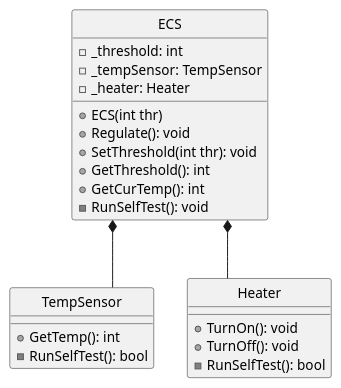
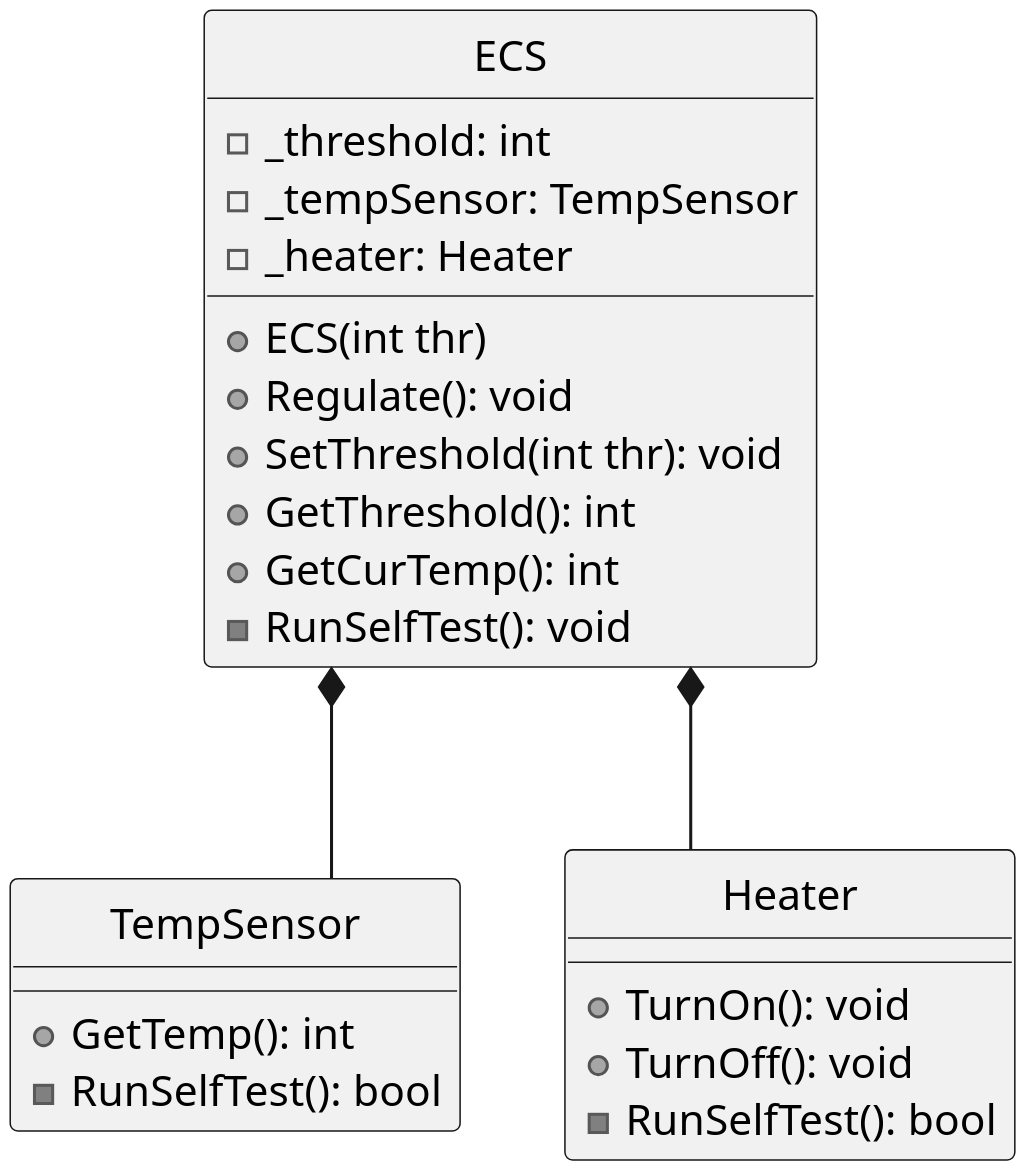
One commit to mikkel-ol/I4SWT-Calculator changed the diagram in ECS/documentation/ECS_Class_Diagram.plantuml. Above: the diagram before and after it, drawn with PlantUML.

Commit message:
Add high dpi for documentation

```diff
--- a/ECS/documentation/ECS_Class_Diagram.plantuml
+++ b/ECS/documentation/ECS_Class_Diagram.plantuml
@@ -1,41 +1,42 @@
 @startuml
+skinparam dpi 300
 skinparam monochrome true
 skinparam linetype ortho
 hide circle
 /'hide <<Boundary>> circle
 hide <<Controller>> circle    
 hide <<Domain>> circle'/
 
 /' i sekvensdiagrammer, brug defines til at skrive
  lange navne '/
 
 class TempSensor
 {
     + GetTemp(): int
     - RunSelfTest(): bool
 }
 
 class Heater
 {
     + TurnOn(): void
     + TurnOff(): void
     - RunSelfTest(): bool
 }
 
 class ECS
 {
     - _threshold: int
     - _tempSensor: TempSensor
     - _heater: Heater
     + ECS(int thr)
     + Regulate(): void
     + SetThreshold(int thr): void
     + GetThreshold(): int
     + GetCurTemp(): int
     - RunSelfTest(): void
 }
 
 ECS *-- Heater
 ECS *-- TempSensor
 
 @enduml
```
